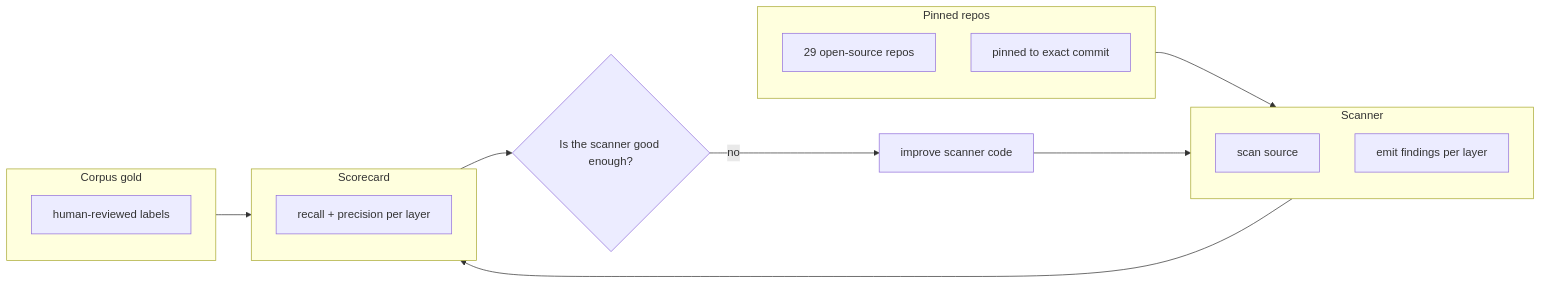
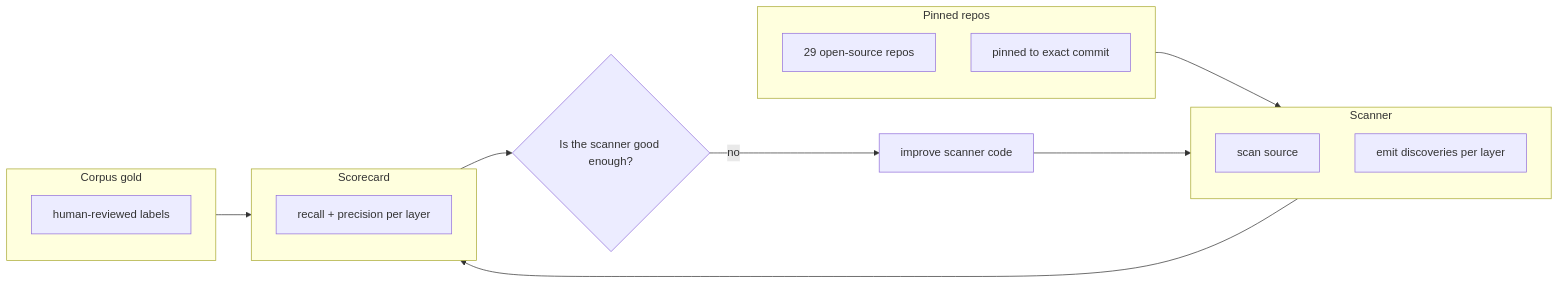
One commit to DataParade-io/scanner changed the first of 9 diagrams in project/wiki/scanner-evaluation-deck.md. Above: the diagram before and after it, drawn with Mermaid. The commit also changed other lines of this file and 39 other files, not shown here.

````diff
--- a/project/wiki/scanner-evaluation-deck.md
+++ b/project/wiki/scanner-evaluation-deck.md
@@ -11,24 +13,24 @@
 ```mermaid
 flowchart LR
     subgraph repos [Pinned repos]
         R1[29 open-source repos]
         R2[pinned to exact commit]
     end
     subgraph scanner [Scanner]
         S1[scan source]
-        S2[emit findings per layer]
+        S2[emit discoveries per layer]
     end
     subgraph gold [Corpus gold]
         G1[human-reviewed labels]
     end
     subgraph metrics [Scorecard]
         M1["recall + precision per layer"]
     end
 
     repos --> scanner
     gold --> metrics
     scanner --> metrics
     metrics --> Q{"Is the scanner good enough?"}
     Q -->|"no"| Fix[improve scanner code]
     Fix --> scanner
 ```
````
